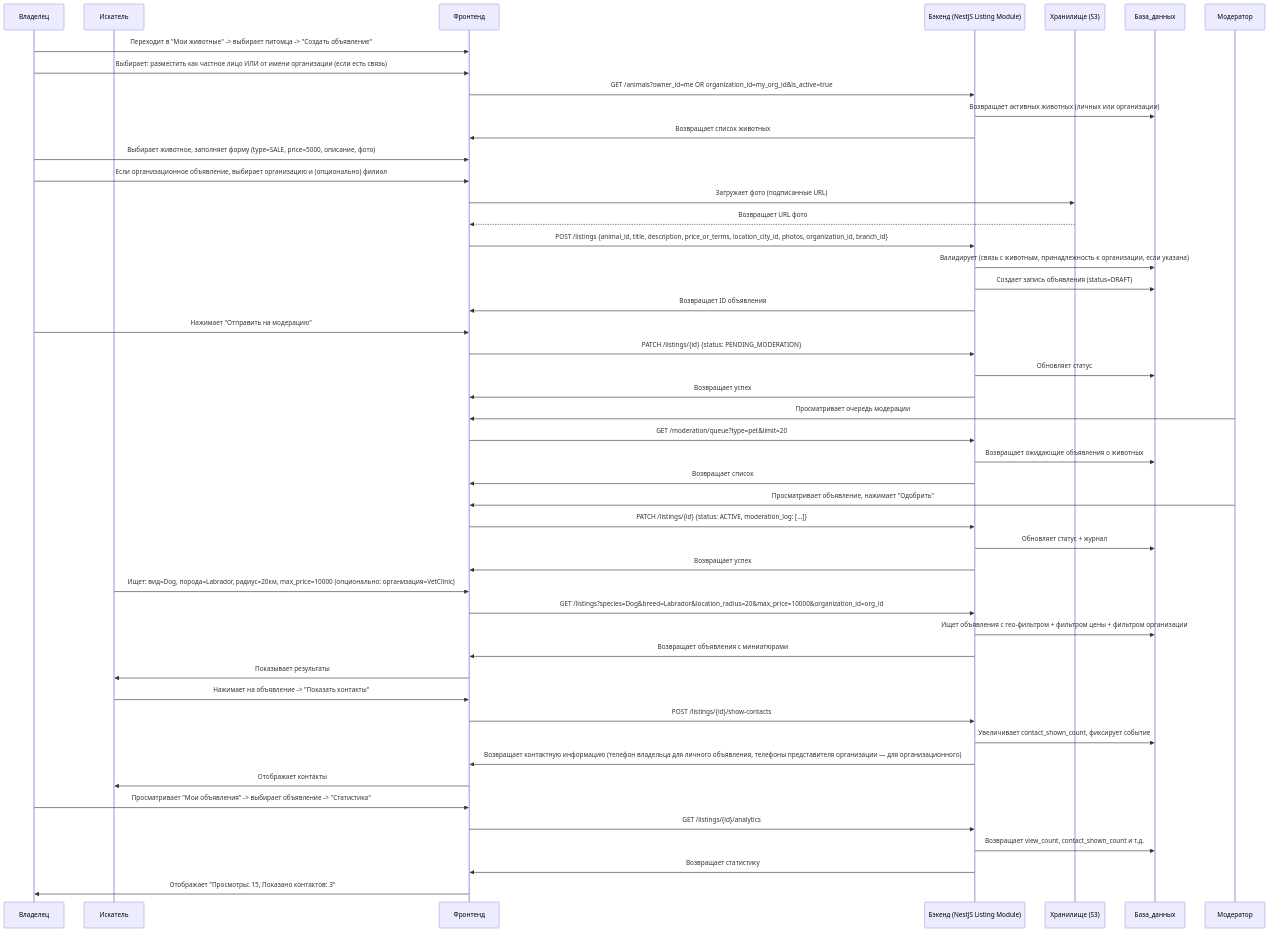
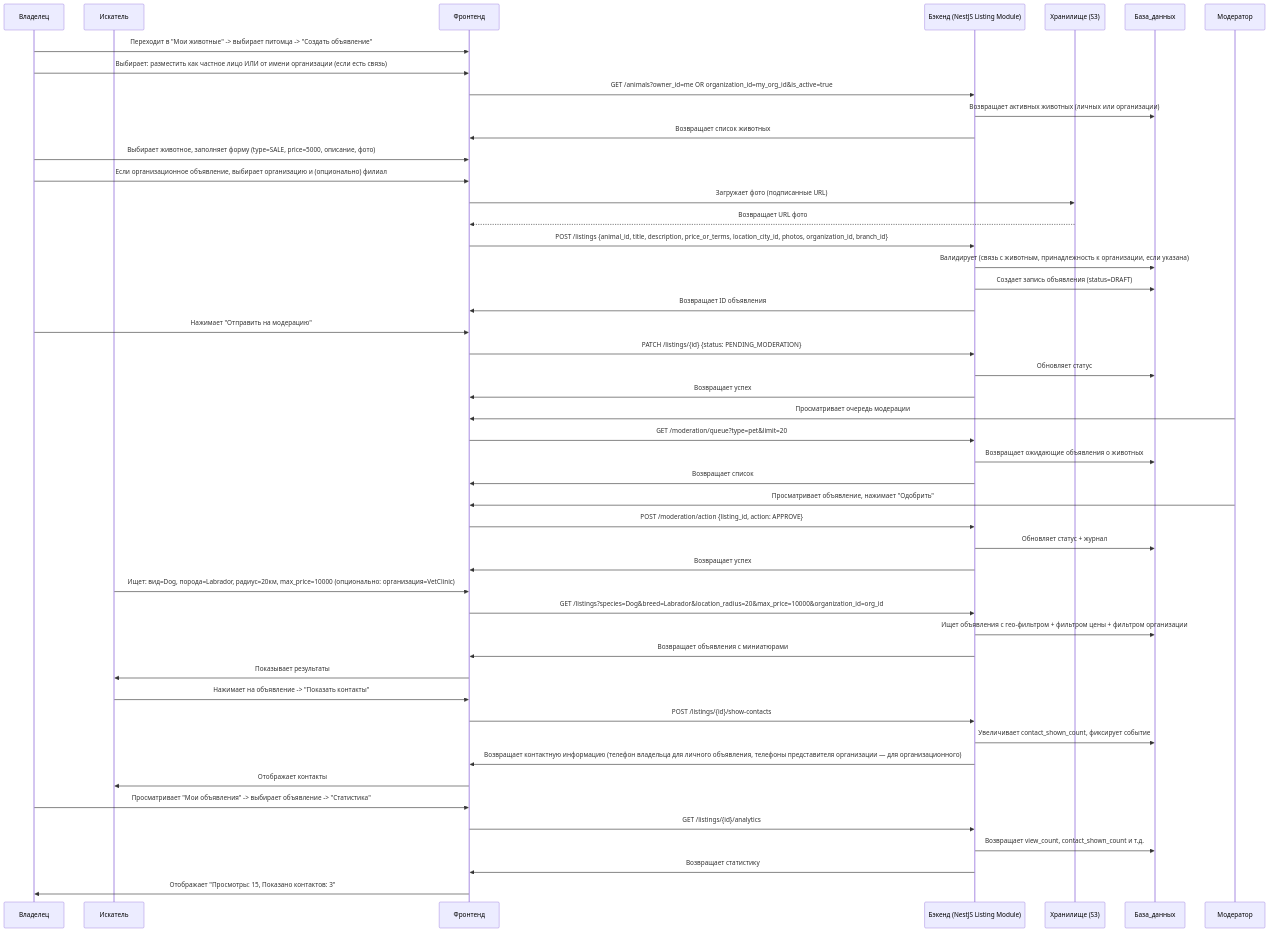
One commit to Aleksandr-Sulimenko/ZooLink changed the diagram in docsRU/02-requirements/business-requirements/pet-marketplace.md. Above: the diagram before and after it, drawn with Mermaid. The commit also changed other lines of this file and 5 other files, not shown here.

First line of the commit message:
P1: реконсиляция доков (D4 creator_id≡seller_id, D5 moderation_log, M2 traceability)

````diff
--- a/docsRU/02-requirements/business-requirements/pet-marketplace.md
+++ b/docsRU/02-requirements/business-requirements/pet-marketplace.md
@@ -192,62 +192,62 @@
 ```mermaid
 sequenceDiagram
     participant Владелец
     participant Искатель
     participant Фронтенд
     participant Бэкенд as Бэкенд (NestJS Listing Module)
     participant Хранилище as Хранилище (S3)
     participant База_данных
     participant Модератор
 
     %% Владелец создает объявление
     Владелец->>Фронтенд: Переходит в "Мои животные" -> выбирает питомца -> "Создать объявление"
     Владелец->>Фронтенд: Выбирает: разместить как частное лицо ИЛИ от имени организации (если есть связь)
     Фронтенд->>Бэкенд: GET /animals?owner_id=me OR organization_id=my_org_id&is_active=true
     Бэкенд->>База_данных: Возвращает активных животных (личных или организации)
     Бэкенд->>Фронтенд: Возвращает список животных
 
     Владелец->>Фронтенд: Выбирает животное, заполняет форму (type=SALE, price=5000, описание, фото)
     Владелец->>Фронтенд: Если организационное объявление, выбирает организацию и (опционально) филиал
     Фронтенд->>Хранилище: Загружает фото (подписанные URL)
     Хранилище-->>Фронтенд: Возвращает URL фото
     Фронтенд->>Бэкенд: POST /listings {animal_id, title, description, price_or_terms, location_city_id, photos, organization_id, branch_id}
     Бэкенд->>База_данных: Валидирует (связь с животным, принадлежность к организации, если указана)
     Бэкенд->>База_данных: Создает запись объявления (status=DRAFT)
     Бэкенд->>Фронтенд: Возвращает ID объявления
 
     Владелец->>Фронтенд: Нажимает "Отправить на модерацию"
     Фронтенд->>Бэкенд: PATCH /listings/{id} {status: PENDING_MODERATION}
     Бэкенд->>База_данных: Обновляет статус
     Бэкенд->>Фронтенд: Возвращает успех
 
     %% Модерация
     Модератор->>Фронтенд: Просматривает очередь модерации
     Фронтенд->>Бэкенд: GET /moderation/queue?type=pet&limit=20
     Бэкенд->>База_данных: Возвращает ожидающие объявления о животных
     Бэкенд->>Фронтенд: Возвращает список
 
     Модератор->>Фронтенд: Просматривает объявление, нажимает "Одобрить"
-    Фронтенд->>Бэкенд: PATCH /listings/{id} {status: ACTIVE, moderation_log: [...]}
+    Фронтенд->>Бэкенд: POST /moderation/action {listing_id, action: APPROVE}
     Бэкенд->>База_данных: Обновляет статус + журнал
     Бэкенд->>Фронтенд: Возвращает успех
 
     %% Искатель находит объявление
     Искатель->>Фронтенд: Ищет: вид=Dog, порода=Labrador, радиус=20км, max_price=10000 (опционально: организация=VetClinic)
     Фронтенд->>Бэкенд: GET /listings?species=Dog&breed=Labrador&location_radius=20&max_price=10000&organization_id=org_id
     Бэкенд->>База_данных: Ищет объявления с гео-фильтром + фильтром цены + фильтром организации
     Бэкенд->>Фронтенд: Возвращает объявления с миниатюрами
     Фронтенд->>Искатель: Показывает результаты
 
     Искатель->>Фронтенд: Нажимает на объявление -> "Показать контакты"
     Фронтенд->>Бэкенд: POST /listings/{id}/show-contacts
     Бэкенд->>База_данных: Увеличивает contact_shown_count, фиксирует событие
     Бэкенд->>Фронтенд: Возвращает контактную информацию (телефон владельца для личного объявления, телефоны представителя организации — для организационного)
     Фронтенд->>Искатель: Отображает контакты
 
     %% Владелец/представитель видит аналитику
     Владелец->>Фронтенд: Просматривает "Мои объявления" -> выбирает объявление -> "Статистика"
     Фронтенд->>Бэкенд: GET /listings/{id}/analytics
     Бэкенд->>База_данных: Возвращает view_count, contact_shown_count и т.д.
     Бэкенд->>Фронтенд: Возвращает статистику
     Фронтенд->>Владелец: Отображает "Просмотры: 15, Показано контактов: 3"
 ```
````
